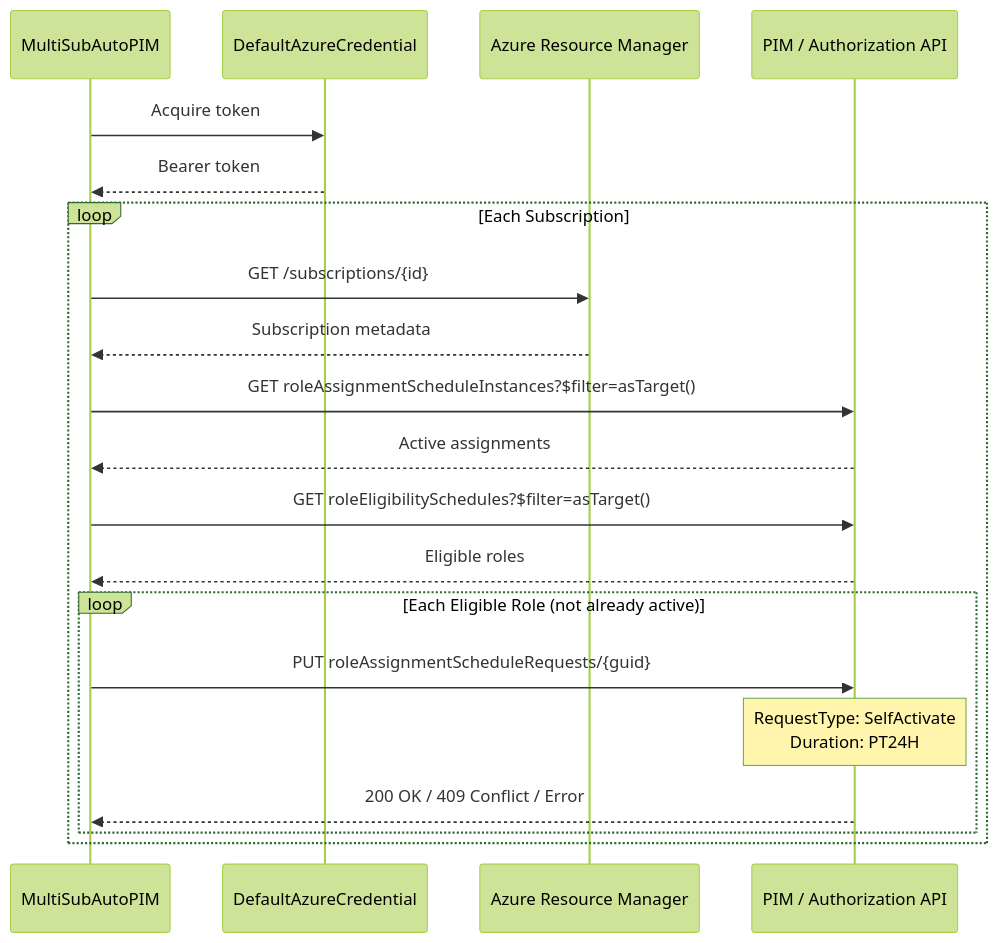
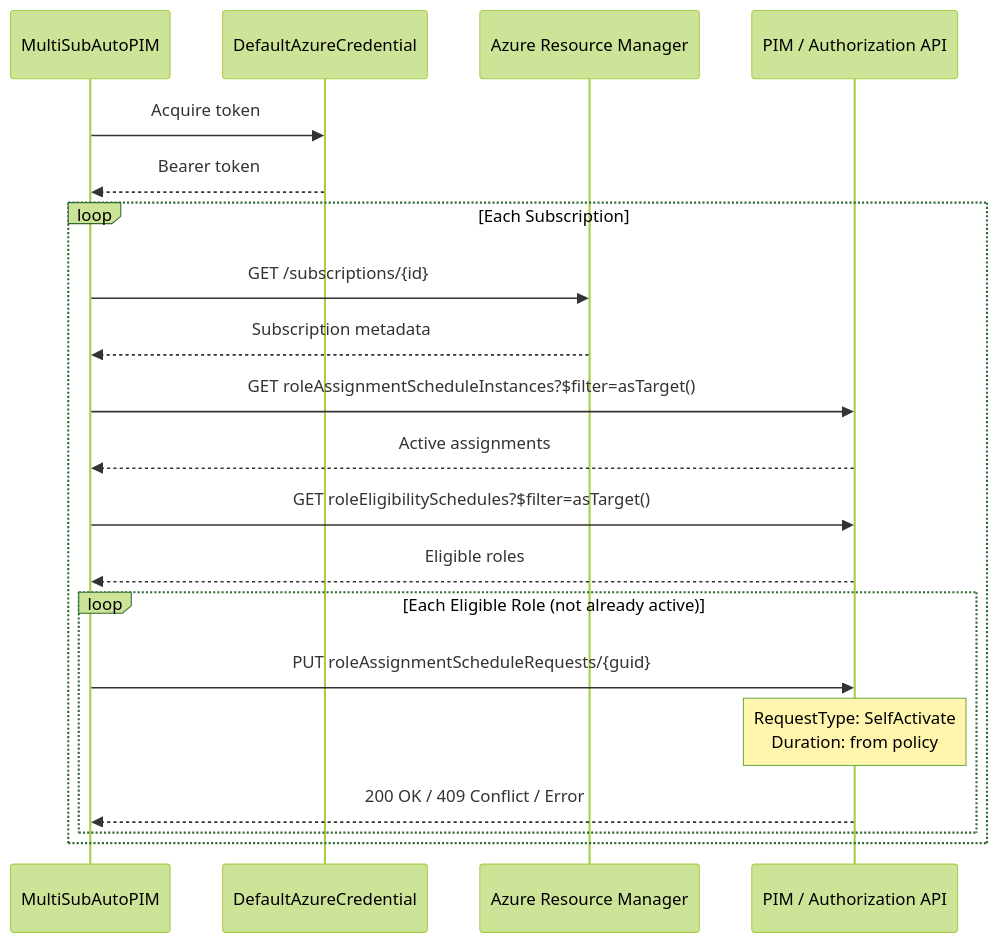
The second of 2 diagrams in ARCHITECTURE.md (justPaulo/MultiSubAutoPIM), drawn with Mermaid (forest theme) before and after one commit. The commit also changed other lines of this file and 3 other files, not shown here.

First line of the commit message:
Add CLI options (-s/-r), dynamic PIM policy duration, and fix Mermaid diagrams

````diff
--- a/ARCHITECTURE.md
+++ b/ARCHITECTURE.md
@@ -77,27 +86,27 @@
 ```mermaid
 sequenceDiagram
     participant App as MultiSubAutoPIM
     participant Cred as DefaultAzureCredential
     participant ARM as Azure Resource Manager
     participant PIM as PIM / Authorization API
 
     App->>Cred: Acquire token
     Cred-->>App: Bearer token
 
     loop Each Subscription
         App->>ARM: GET /subscriptions/{id}
         ARM-->>App: Subscription metadata
 
         App->>PIM: GET roleAssignmentScheduleInstances?$filter=asTarget()
         PIM-->>App: Active assignments
 
         App->>PIM: GET roleEligibilitySchedules?$filter=asTarget()
         PIM-->>App: Eligible roles
 
         loop Each Eligible Role (not already active)
             App->>PIM: PUT roleAssignmentScheduleRequests/{guid}
-            Note over PIM: RequestType: SelfActivate<br/>Duration: PT24H
+            Note over PIM: RequestType: SelfActivate<br/>Duration: from policy
             PIM-->>App: 200 OK / 409 Conflict / Error
         end
     end
 ```
````
